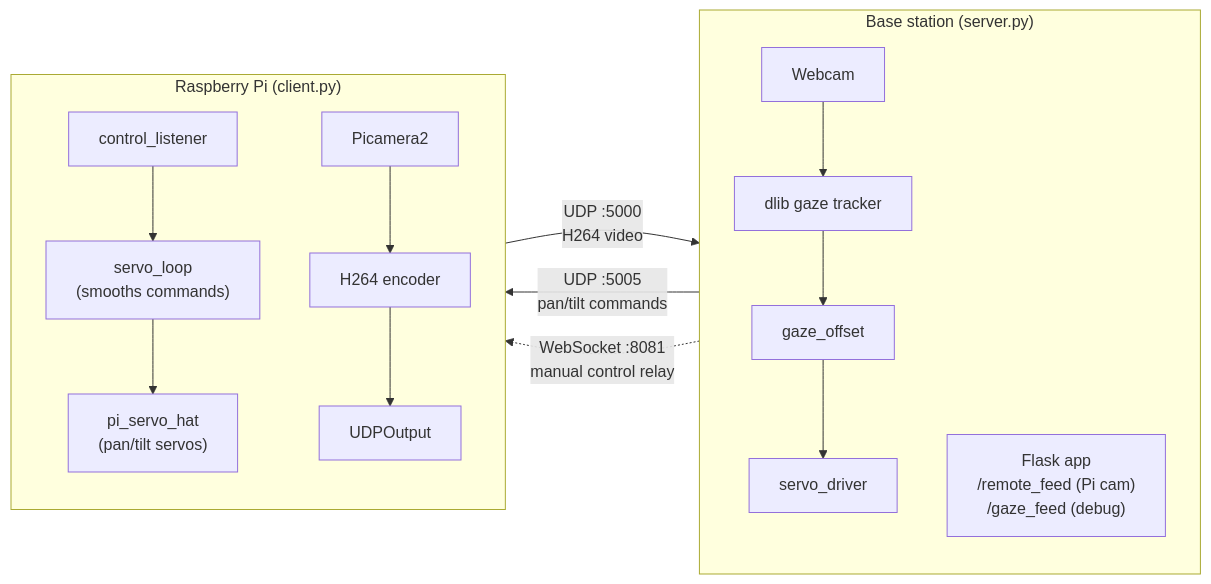
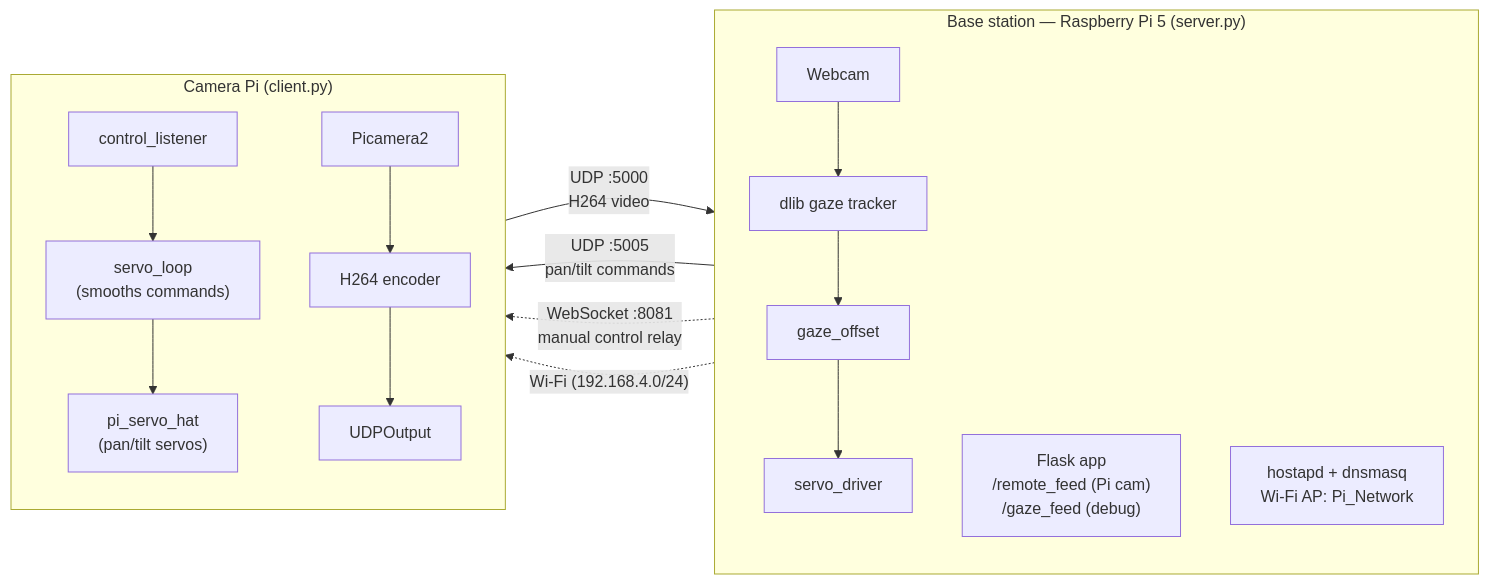
One commit to jayden-p-wu/eye-tracking changed the diagram in README.md. Above: the diagram before and after it, drawn with Mermaid. The commit also changed other lines of this file, not shown here.

````diff
--- a/README.md
+++ b/README.md
@@ -10,22 +13,24 @@
 ```mermaid
 flowchart LR
-    subgraph S["Base station (server.py)"]
+    subgraph S["Base station — Raspberry Pi 5 (server.py)"]
         direction TB
         S1["Webcam"] --> S2["dlib gaze tracker"]
         S2 --> S3["gaze_offset"]
         S3 --> S4["servo_driver"]
         S5["Flask app<br/>/remote_feed (Pi cam)<br/>/gaze_feed (debug)"]
+        S6["hostapd + dnsmasq<br/>Wi-Fi AP: Pi_Network"]
     end
- 
-    subgraph C["Raspberry Pi (client.py)"]
+
+    subgraph C["Camera Pi (client.py)"]
         direction TB
         C1["control_listener"] --> C2["servo_loop<br/>(smooths commands)"]
         C2 --> C3["pi_servo_hat<br/>(pan/tilt servos)"]
         C4["Picamera2"] --> C5["H264 encoder"]
         C5 --> C6["UDPOutput"]
     end
- 
+
     S4 -- "UDP :5005<br/>pan/tilt commands" --> C1
     C6 -- "UDP :5000<br/>H264 video" --> S5
     S -. "WebSocket :8081<br/>manual control relay" .-> C
+    S6 -. "Wi-Fi (192.168.4.0/24)" .-> C
 ```
````
